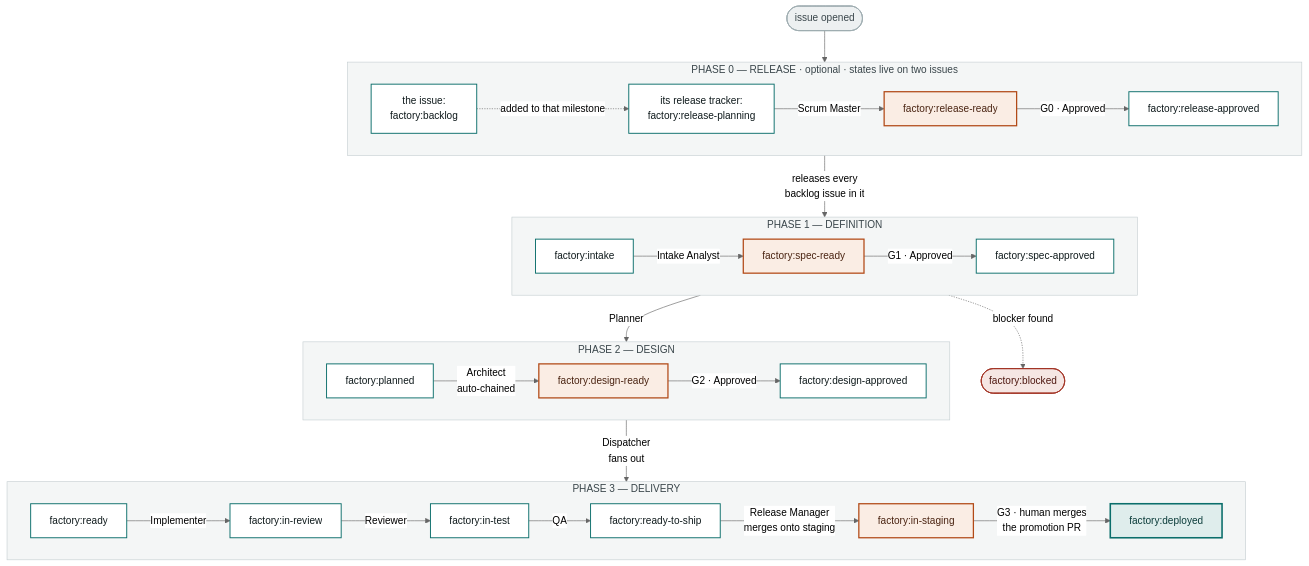
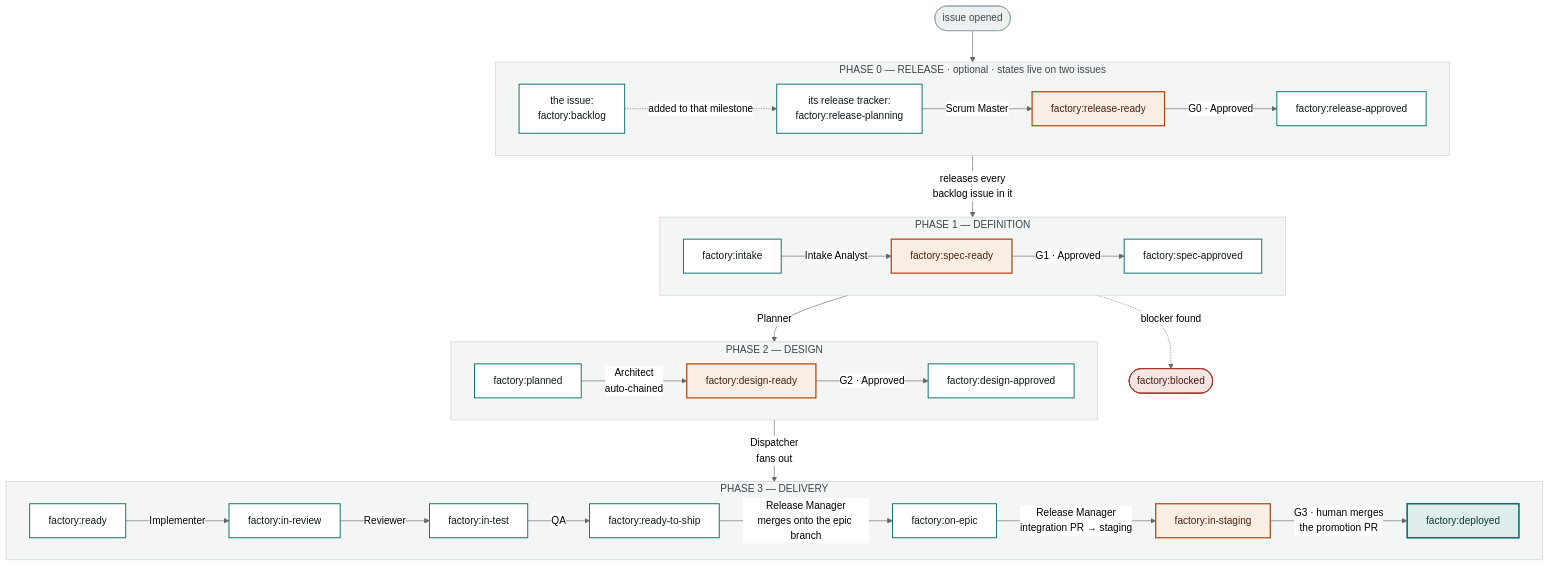
One commit to genai-jerry/claude-software-factory changed the diagram in wiki/Factory-Pipeline-States.md. Above: the diagram before and after it, drawn with Mermaid (neutral theme). The commit also changed other lines of this file and 2 other files, not shown here.

First line of the commit message:
Document the epic-branch layer in the setup guide and wiki

````diff
--- a/wiki/Factory-Pipeline-States.md
+++ b/wiki/Factory-Pipeline-States.md
@@ -17,56 +17,57 @@
 ```mermaid
 flowchart TB
   OPEN(["issue opened"]) --> R0
 
   subgraph P0["PHASE 0 — RELEASE · optional · states live on two issues"]
     direction LR
     R0["the issue:<br/>factory:backlog"]
     R1["its release tracker:<br/>factory:release-planning"] -- "Scrum Master" --> R2["factory:release-ready"]
     R2 -- "G0 · Approved" --> R3["factory:release-approved"]
     R0 -. "added to that milestone" .-> R1
   end
 
   R3 -- "releases every<br/>backlog issue in it" --> A
 
   subgraph P1["PHASE 1 — DEFINITION"]
     direction LR
     A["factory:intake"] -- "Intake Analyst" --> B["factory:spec-ready"]
     B -- "G1 · Approved" --> C["factory:spec-approved"]
   end
 
   subgraph P2["PHASE 2 — DESIGN"]
     direction LR
     D["factory:planned"] -- "Architect<br/>auto-chained" --> E["factory:design-ready"]
     E -- "G2 · Approved" --> F["factory:design-approved"]
   end
 
   subgraph P3["PHASE 3 — DELIVERY"]
     direction LR
     G["factory:ready"] -- "Implementer" --> H["factory:in-review"]
     H -- "Reviewer" --> I["factory:in-test"]
     I -- "QA" --> J["factory:ready-to-ship"]
-    J -- "Release Manager<br/>merges onto staging" --> S["factory:in-staging"]
+    J -- "Release Manager<br/>merges onto the epic branch" --> E2["factory:on-epic"]
+    E2 -- "Release Manager<br/>integration PR → staging" --> S["factory:in-staging"]
     S -- "G3 · human merges<br/>the promotion PR" --> K["factory:deployed"]
   end
 
   C -- "Planner" --> D
   F -- "Dispatcher<br/>fans out" --> G
   A -. "blocker found" .-> X(["factory:blocked"])
 
   classDef state fill:#FFFFFF,stroke:#0B6E6B,stroke-width:1.5px,color:#0F1A1C
   classDef gate fill:#FAEDE4,stroke:#B24A17,stroke-width:2px,color:#4A2412
   classDef done fill:#DFEDEC,stroke:#0B6E6B,stroke-width:2.5px,color:#0A3B39
   classDef halt fill:#F5E6E3,stroke:#A33526,stroke-width:1.5px,color:#4E1811
   classDef entry fill:#EDF0F1,stroke:#9FADB1,stroke-width:1.5px,color:#3A464B
 
-  class A,C,D,F,G,H,I,J,R0,R1,R3 state
+  class A,C,D,F,G,H,I,J,E2,R0,R1,R3 state
   class B,E,S,R2 gate
   class K done
   class X halt
   class OPEN entry
 
   style P0 fill:#F4F6F6,stroke:#C6CFD2,color:#3A464B
   style P1 fill:#F4F6F6,stroke:#C6CFD2,color:#3A464B
   style P2 fill:#F4F6F6,stroke:#C6CFD2,color:#3A464B
   style P3 fill:#F4F6F6,stroke:#C6CFD2,color:#3A464B
 ```
````
